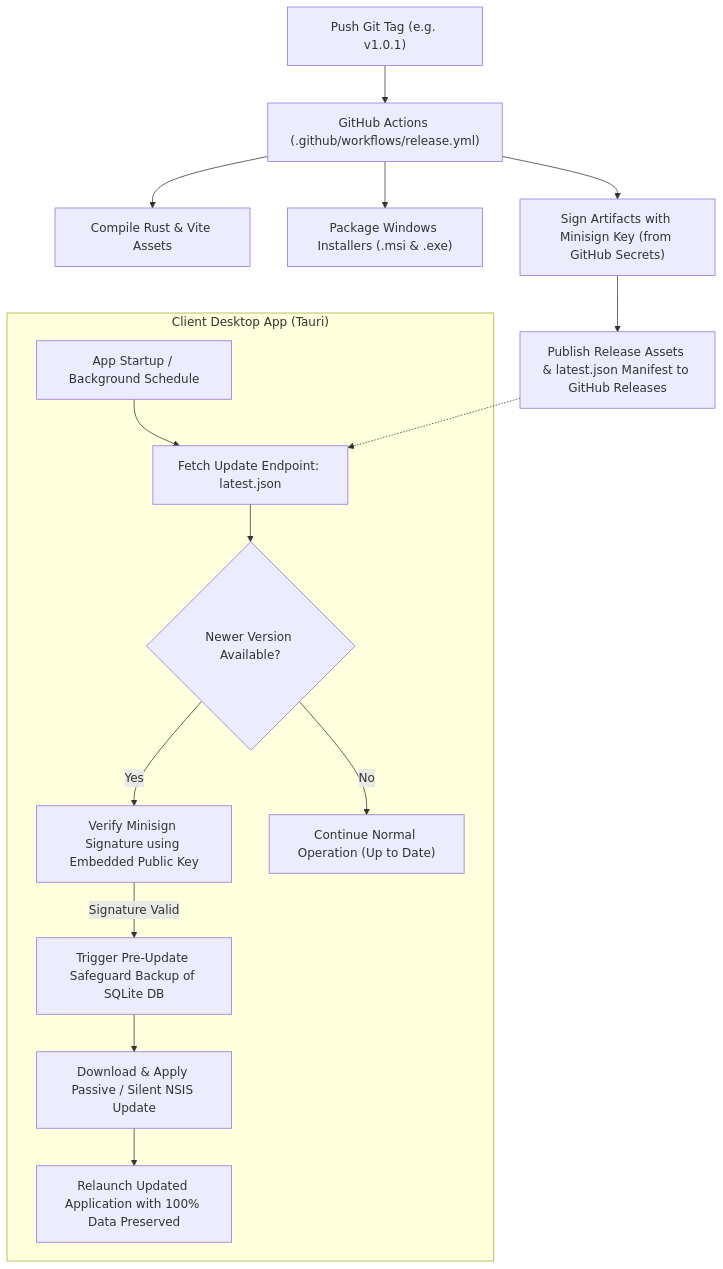
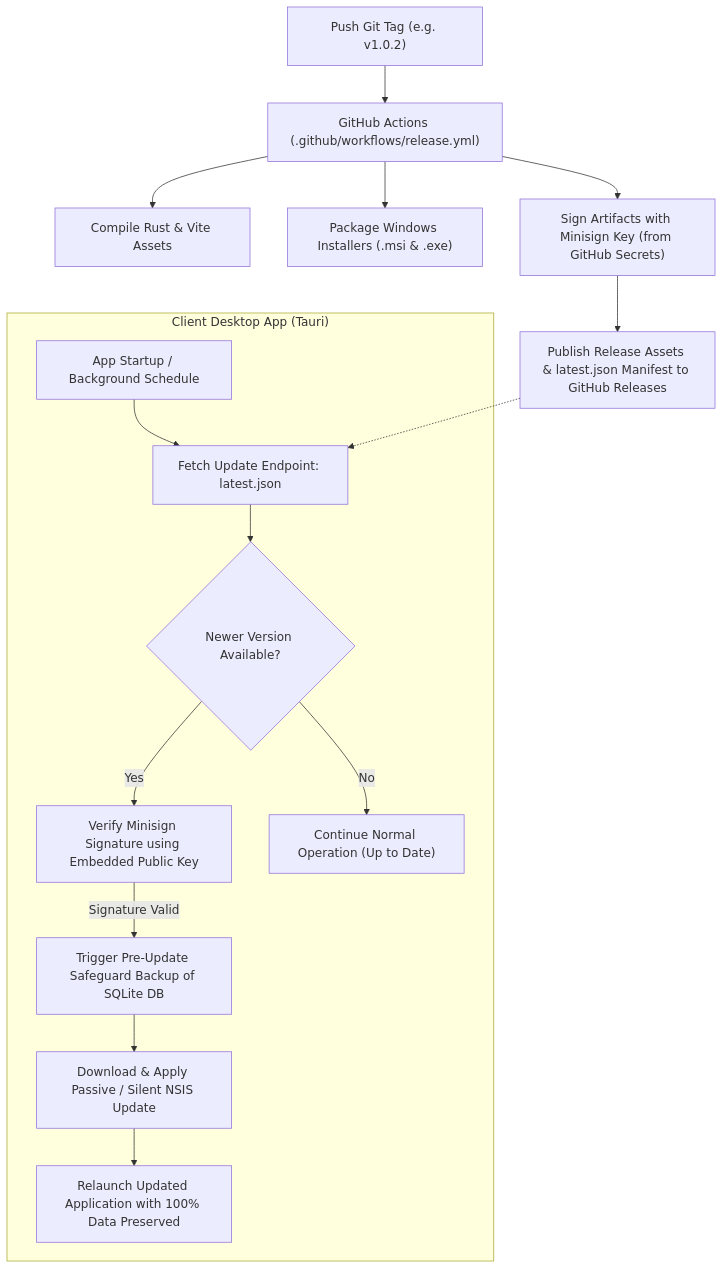
One commit to AhmedSaber45/MSS-System changed the diagram in README.md. Above: the diagram before and after it, drawn with Mermaid. The commit also changed other lines of this file and 61 other files, not shown here.

````diff
--- a/README.md
+++ b/README.md
@@ -207,20 +207,20 @@
 ```mermaid
 flowchart TD
-    A["Push Git Tag (e.g. v1.0.1)"] --> B["GitHub Actions (.github/workflows/release.yml)"]
+    A["Push Git Tag (e.g. v1.0.2)"] --> B["GitHub Actions (.github/workflows/release.yml)"]
     B --> C["Compile Rust & Vite Assets"]
     B --> D["Package Windows Installers (.msi & .exe)"]
     B --> E["Sign Artifacts with Minisign Key (from GitHub Secrets)"]
     E --> F["Publish Release Assets & latest.json Manifest to GitHub Releases"]
     
     subgraph Client ["Client Desktop App (Tauri)"]
         G["App Startup / Background Schedule"] --> H["Fetch Update Endpoint: latest.json"]
         H --> I{"Newer Version Available?"}
         I -- Yes --> J["Verify Minisign Signature using Embedded Public Key"]
         J -- Signature Valid --> K["Trigger Pre-Update Safeguard Backup of SQLite DB"]
         K --> L["Download & Apply Passive / Silent NSIS Update"]
         L --> M["Relaunch Updated Application with 100% Data Preserved"]
         I -- No --> N["Continue Normal Operation (Up to Date)"]
     end
 
     F -.-> H
 ```
````
